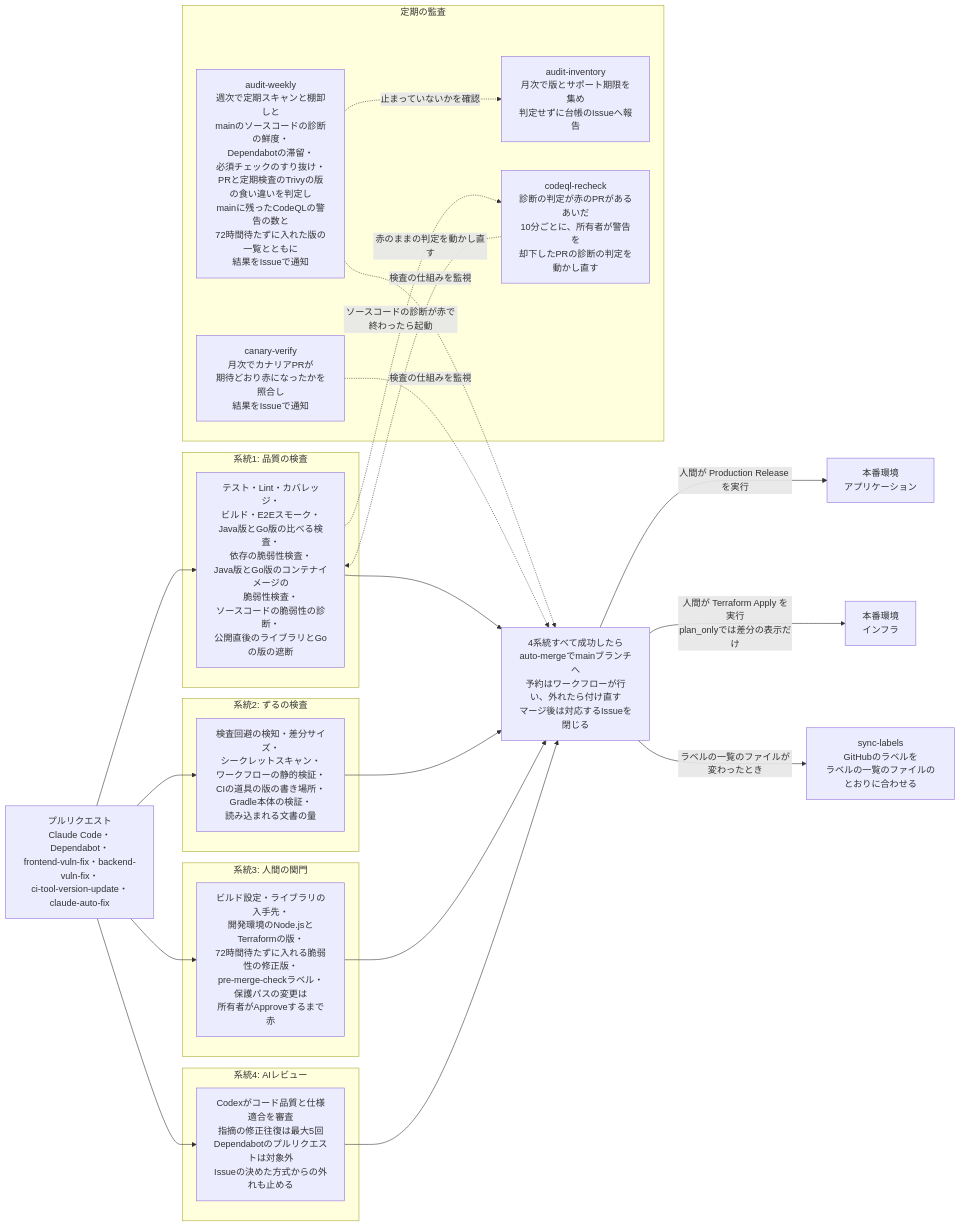
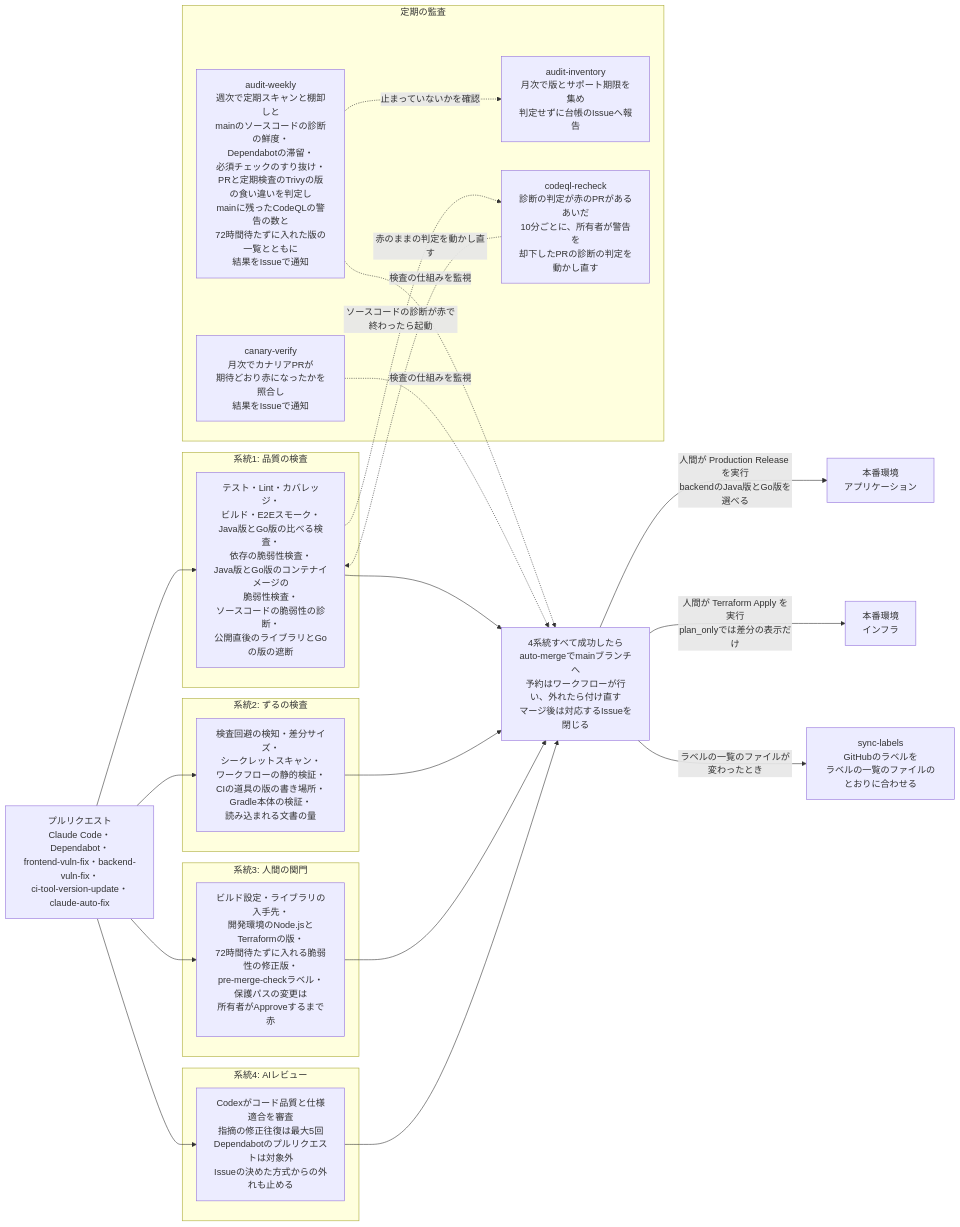
One commit to DogisRiki/KeirekiPro changed the first of 2 diagrams in README.md. Above: the diagram before and after it, drawn with Mermaid. The commit also changed other lines of this file and 7 other files, not shown here.

````diff
--- a/README.md
+++ b/README.md
@@ -53,40 +53,40 @@
 ```mermaid
 flowchart LR
     PR[プルリクエスト<br>Claude Code・Dependabot・<br>frontend-vuln-fix・backend-vuln-fix・<br>ci-tool-version-update・<br>claude-auto-fix]
 
     subgraph s1[系統1: 品質の検査]
         Q[テスト・Lint・カバレッジ・<br>ビルド・E2Eスモーク・<br>Java版とGo版の比べる検査・<br>依存の脆弱性検査・<br>Java版とGo版のコンテナイメージの<br>脆弱性検査・<br>ソースコードの脆弱性の診断・<br>公開直後のライブラリとGoの版の遮断]
     end
     subgraph s2[系統2: ずるの検査]
         Z[検査回避の検知・差分サイズ・<br>シークレットスキャン・<br>ワークフローの静的検証・<br>CIの道具の版の書き場所・<br>Gradle本体の検証・<br>読み込まれる文書の量]
     end
     subgraph s3[系統3: 人間の関門]
         H[ビルド設定・ライブラリの入手先・<br>開発環境のNode.jsとTerraformの版・<br>72時間待たずに入れる脆弱性の修正版・<br>pre-merge-checkラベル・保護パスの変更は<br>所有者がApproveするまで赤]
     end
     subgraph s4[系統4: AIレビュー]
         A[Codexがコード品質と仕様適合を審査<br>指摘の修正往復は最大5回<br>Dependabotのプルリクエストは対象外<br>Issueの決めた方式からの外れも止める]
     end
 
     PR --> Q
     PR --> Z
     PR --> H
     PR --> A
 
     Q & Z & H & A --> M[4系統すべて成功したら<br>auto-mergeでmainブランチへ<br>予約はワークフローが行い、外れたら付け直す<br>マージ後は対応するIssueを閉じる]
 
-    M -->|人間が Production Release を実行| App[本番環境<br>アプリケーション]
+    M -->|人間が Production Release を実行<br>backendのJava版とGo版を選べる| App[本番環境<br>アプリケーション]
     M -->|人間が Terraform Apply を実行<br>plan_onlyでは差分の表示だけ| Infra[本番環境<br>インフラ]
     M -->|ラベルの一覧のファイルが変わったとき| Labels[sync-labels<br>GitHubのラベルを<br>ラベルの一覧のファイルのとおりに合わせる]
 
     subgraph s5[定期の監査]
         AW[audit-weekly<br>週次で定期スキャンと棚卸しと<br>mainのソースコードの診断の鮮度・<br>Dependabotの滞留・<br>必須チェックのすり抜け・<br>PRと定期検査のTrivyの版の食い違いを判定し<br>mainに残ったCodeQLの警告の数と<br>72時間待たずに入れた版の一覧とともに<br>結果をIssueで通知]
         CV[canary-verify<br>月次でカナリアPRが<br>期待どおり赤になったかを照合し<br>結果をIssueで通知]
         AI[audit-inventory<br>月次で版とサポート期限を集め<br>判定せずに台帳のIssueへ報告]
         CR[codeql-recheck<br>診断の判定が赤のPRがあるあいだ<br>10分ごとに、所有者が警告を<br>却下したPRの診断の判定を<br>動かし直す]
     end
 
     AW & CV -.検査の仕組みを監視.-> M
     AW -.止まっていないかを確認.-> AI
     Q -.ソースコードの診断が赤で終わったら起動.-> CR
     CR -.赤のままの判定を動かし直す.-> Q
 ```
````
